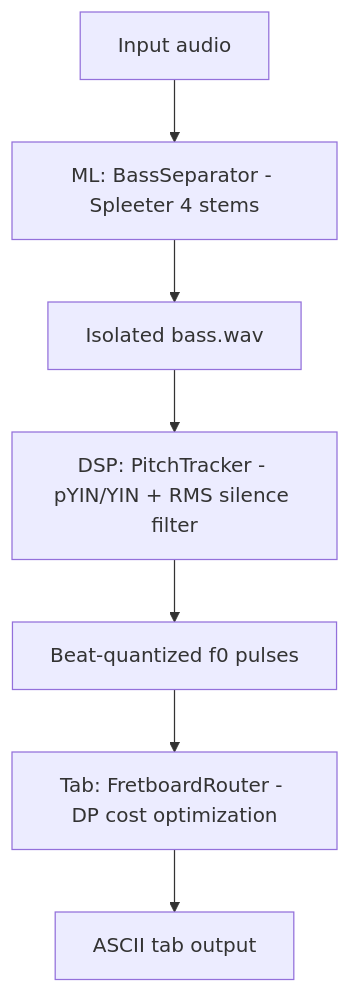
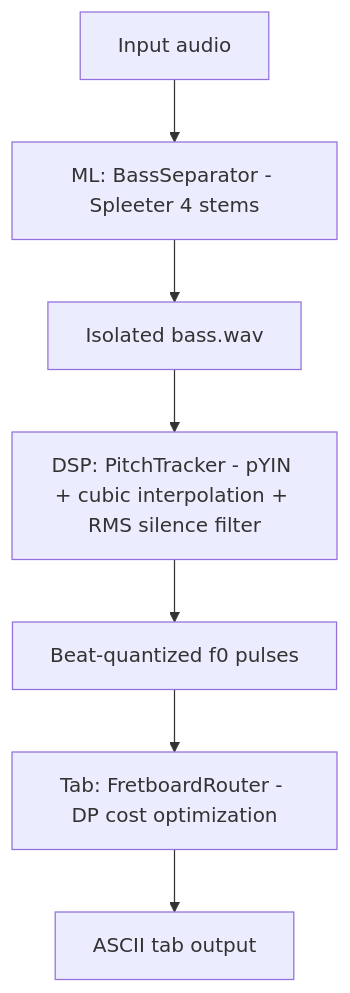
The diagram in README.md (blackmetalhans/punkito-tabs-oracle), drawn with Mermaid before and after one commit. The commit also changed other lines of this file and 10 other files, not shown here.

Commit message:
refactor: enhance pitch tracking with cubic interpolation and update settings management

````diff
--- a/README.md
+++ b/README.md
@@ -21,9 +21,9 @@
 ```mermaid
 flowchart TD
     A[Input audio] --> B[ML: BassSeparator - Spleeter 4 stems]
     B --> C[Isolated bass.wav]
-    C --> D[DSP: PitchTracker - pYIN/YIN + RMS silence filter]
+    C --> D[DSP: PitchTracker - pYIN + cubic interpolation + RMS silence filter]
     D --> E[Beat-quantized f0 pulses]
     E --> F[Tab: FretboardRouter - DP cost optimization]
     F --> G[ASCII tab output]
 ```
````
